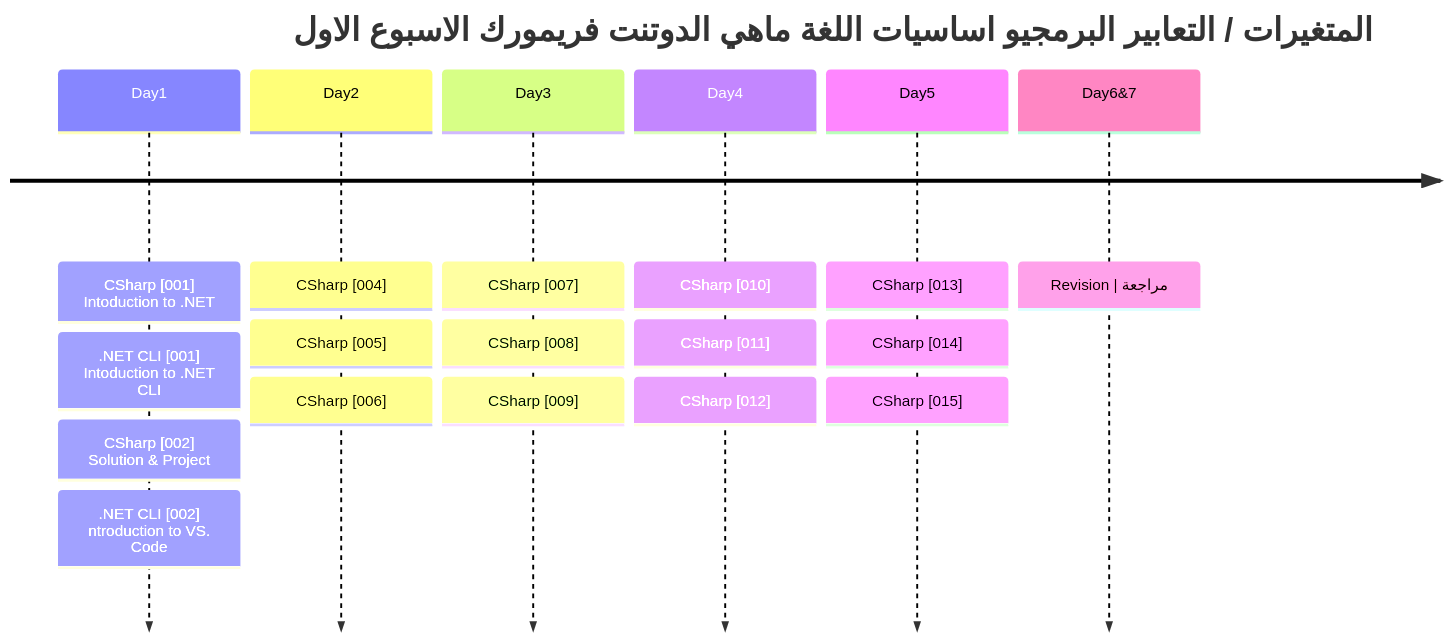
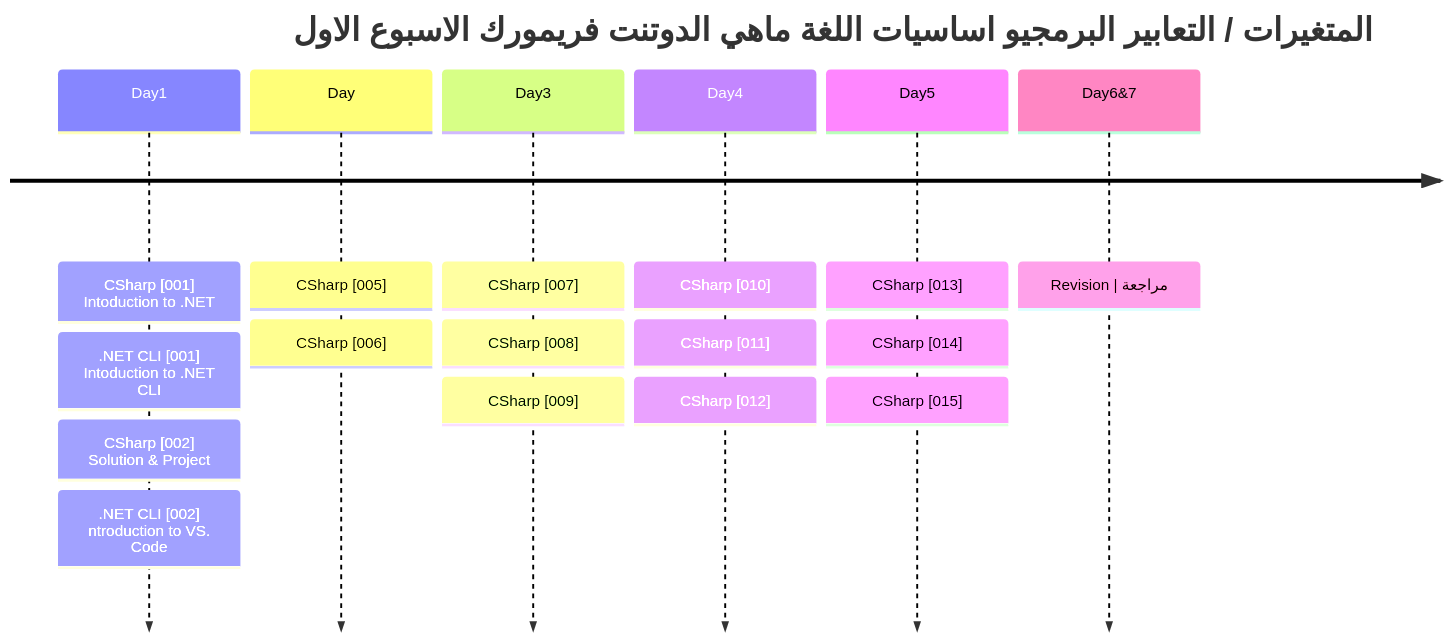
The first of 3 diagrams in README.md (metigator/Roadmap), drawn with Mermaid before and after one commit.

````diff
--- a/README.md
+++ b/README.md
@@ -1,22 +1,22 @@
 ```mermaid
 timeline
     title  المتغيرات / التعابير البرمجيو اساسيات اللغة ماهي الدوتنت فريمورك  الاسبوع الاول 
     Day1 : CSharp [001] Intoduction to .NET
          : .NET CLI [001] Intoduction to .NET CLI
          : CSharp [002] Solution & Project
          : .NET CLI [002] ntroduction to VS. Code
  
-    Day2 : CSharp [004]
+    Day #2 : CSharp [004]
          : CSharp [005] 
          : CSharp [006] 
     Day3 : CSharp [007]
          : CSharp [008]
          : CSharp [009] 
     Day4 : CSharp [010]
          : CSharp [011]
          : CSharp [012] 
     Day5 : CSharp [013]
          : CSharp [014]
          : CSharp [015] 
   Day6&7 : Revision | مراجعة 
 ```
````
